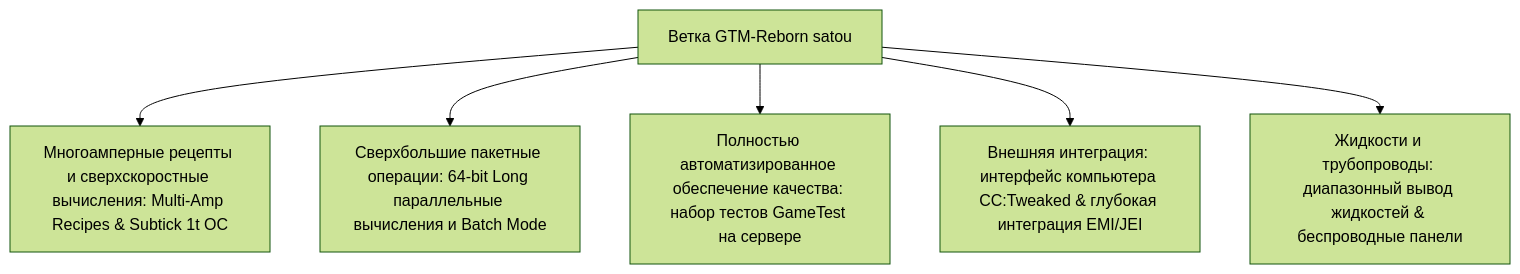
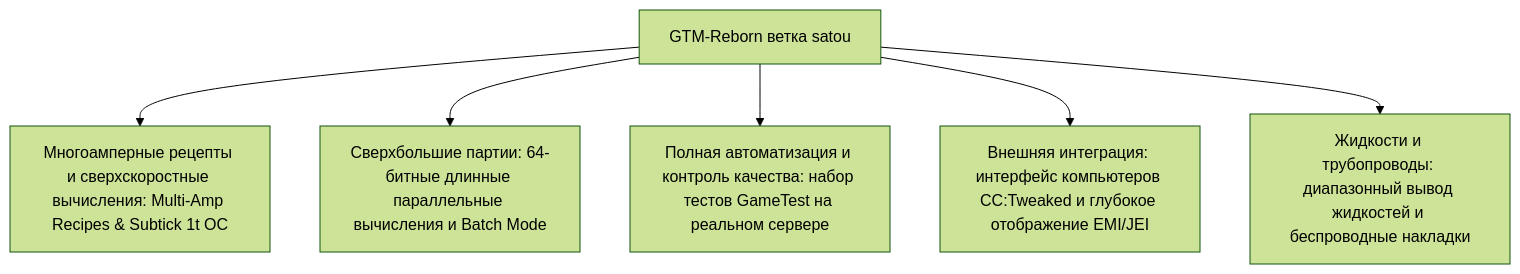
The diagram in docs/ru/gtm-reborn/index.md (takanashisatou/GregtechEasy), drawn with Mermaid (forest theme) before and after one commit. The commit also changed other lines of this file and 138 other files, not shown here.

````diff
--- a/docs/ru/gtm-reborn/index.md
+++ b/docs/ru/gtm-reborn/index.md
@@ -11,8 +11,8 @@
 ```mermaid
 graph TD
-    A[Ветка GTM-Reborn satou] --> B[Многоамперные рецепты и сверхскоростные вычисления: Multi-Amp Recipes & Subtick 1t OC]
-    A --> C[Сверхбольшие пакетные операции: 64-bit Long параллельные вычисления и Batch Mode]
-    A --> D[Полностью автоматизированное обеспечение качества: набор тестов GameTest на сервере]
-    A --> E[Внешняя интеграция: интерфейс компьютера CC:Tweaked & глубокая интеграция EMI/JEI]
-    A --> F[Жидкости и трубопроводы: диапазонный вывод жидкостей & беспроводные панели]
+    A[GTM-Reborn ветка satou] --> B[Многоамперные рецепты и сверхскоростные вычисления: Multi-Amp Recipes & Subtick 1t OC]
+    A --> C[Сверхбольшие партии: 64-битные длинные параллельные вычисления и Batch Mode]
+    A --> D[Полная автоматизация и контроль качества: набор тестов GameTest на реальном сервере]
+    A --> E[Внешняя интеграция: интерфейс компьютеров CC:Tweaked и глубокое отображение EMI/JEI]
+    A --> F[Жидкости и трубопроводы: диапазонный вывод жидкостей и беспроводные накладки]
 ```
````
